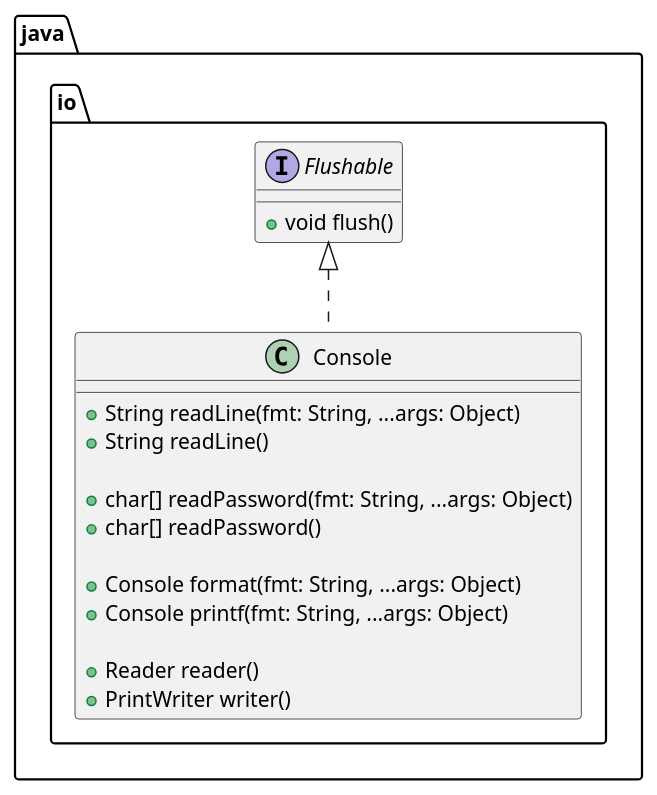
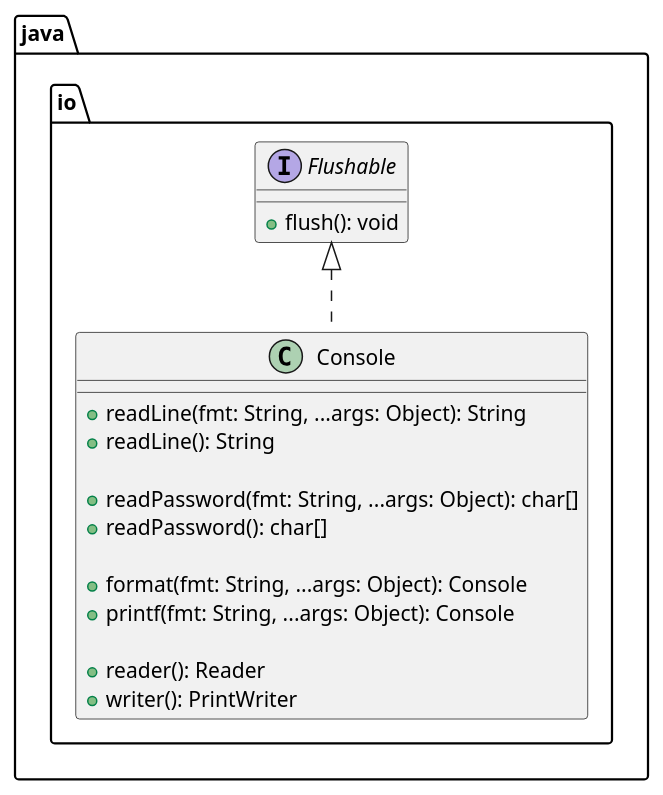
The first of 2 diagrams in HELP.md (ignamlrz/learn-java), drawn with PlantUML before and after one commit. The commit also changed other lines of this file and 15 other files, not shown here.

````diff
--- a/HELP.md
+++ b/HELP.md
@@ -66,23 +66,23 @@
 ```plantuml
 @startuml
 interface java.io.Flushable {
-+void flush()
++flush(): void
 }
 
 class java.io.Console {
-+String readLine(fmt: String, ...args: Object)
-+String readLine()
++readLine(fmt: String, ...args: Object): String
++readLine(): String
 
-+char[] readPassword(fmt: String, ...args: Object)
-+char[] readPassword()
++readPassword(fmt: String, ...args: Object): char[]
++readPassword(): char[]
 
-+Console format(fmt: String, ...args: Object)
-+Console printf(fmt: String, ...args: Object)
++format(fmt: String, ...args: Object): Console
++printf(fmt: String, ...args: Object): Console
 
-+Reader reader()
-+PrintWriter writer()
++reader(): Reader
++writer(): PrintWriter
 }
 
 java.io.Flushable <|.. java.io.Console
 @enduml
 ```
````
